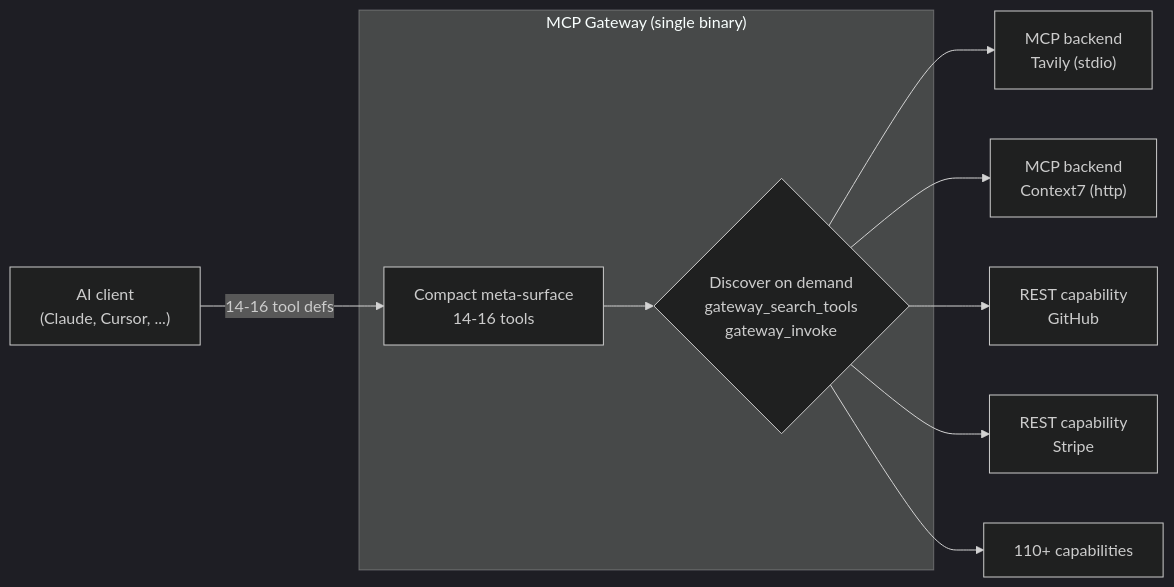
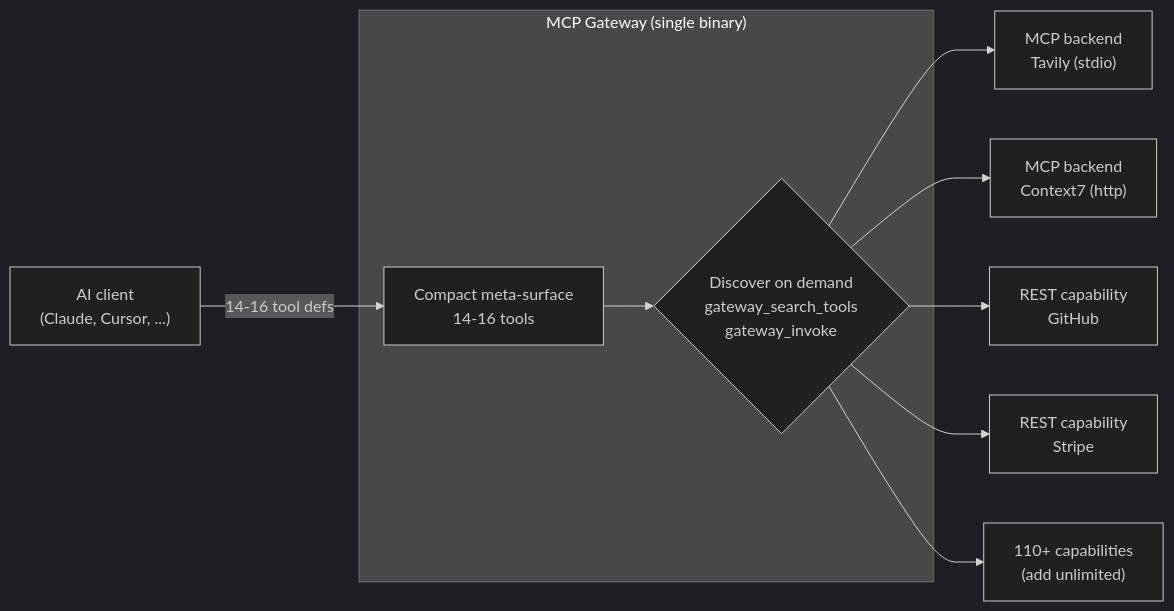
The first of 2 diagrams in README.md (MikkoParkkola/mcp-gateway), drawn with Mermaid (dark theme) before and after one commit. The commit also changed other lines of this file and 1 other file, not shown here.

````diff
--- a/README.md
+++ b/README.md
@@ -30,21 +30,21 @@
 ```mermaid
 flowchart LR
     AI["AI client<br/>(Claude, Cursor, ...)"]
     subgraph GW["MCP Gateway (single binary)"]
         META["Compact meta-surface<br/>14-16 tools"]
         DISC{"Discover on demand<br/>gateway_search_tools<br/>gateway_invoke"}
     end
     T1["MCP backend<br/>Tavily (stdio)"]
     T2["MCP backend<br/>Context7 (http)"]
     C1["REST capability<br/>GitHub"]
     C2["REST capability<br/>Stripe"]
-    Cn["110+ capabilities"]
+    Cn["110+ capabilities<br/>(add unlimited)"]
 
     AI -->|"14-16 tool defs"| META
     META --> DISC
     DISC --> T1
     DISC --> T2
     DISC --> C1
     DISC --> C2
     DISC --> Cn
 ```
````
